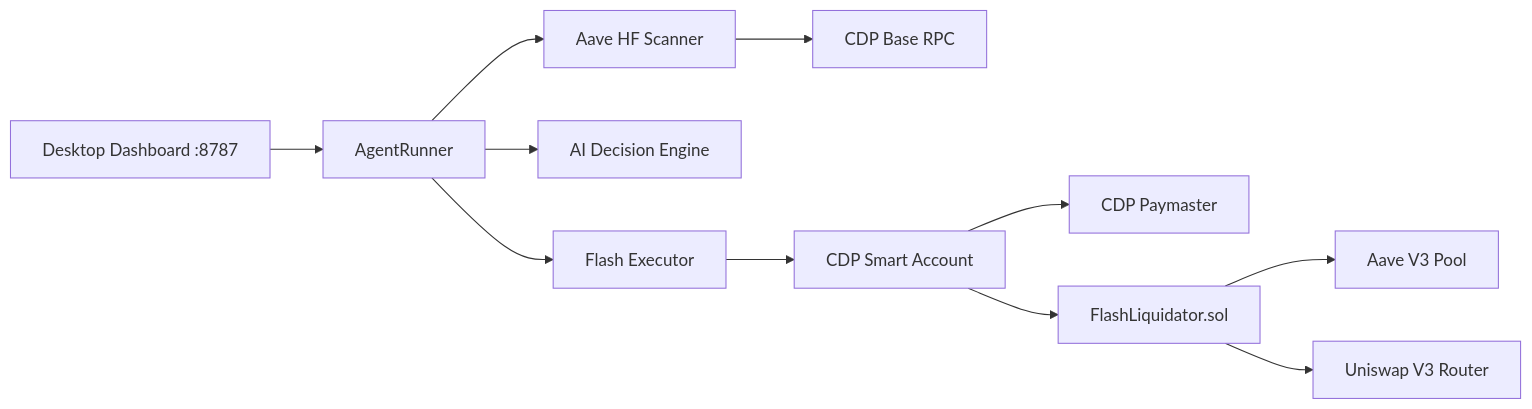
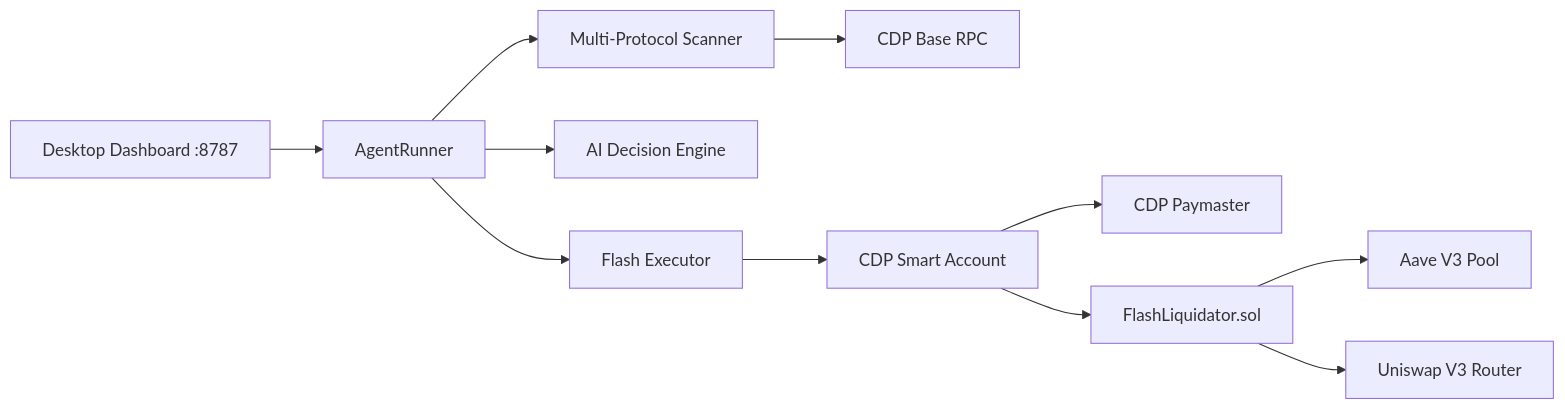
One commit to coinbase/cdp-sdk changed the diagram in desktop-agent/README.md. Above: the diagram before and after it, drawn with Mermaid. The commit also changed other lines of this file and 13 other files, not shown here.

````diff
--- a/desktop-agent/README.md
+++ b/desktop-agent/README.md
@@ -17,13 +26,13 @@
 ```mermaid
 flowchart LR
     Dashboard[Desktop Dashboard :8787] --> AgentRunner
-    AgentRunner --> Scanner[Aave HF Scanner]
+    AgentRunner --> Scanner[Multi-Protocol Scanner]
     AgentRunner --> AI[AI Decision Engine]
     AgentRunner --> Executor[Flash Executor]
     Scanner --> RPC[CDP Base RPC]
     Executor --> SA[CDP Smart Account]
     SA --> Paymaster[CDP Paymaster]
     SA --> FL[FlashLiquidator.sol]
     FL --> Aave[Aave V3 Pool]
     FL --> Uni[Uniswap V3 Router]
 ```
````
